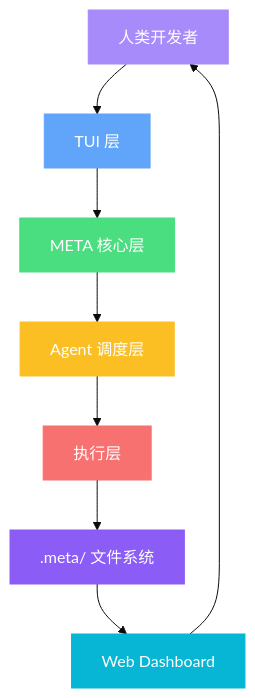
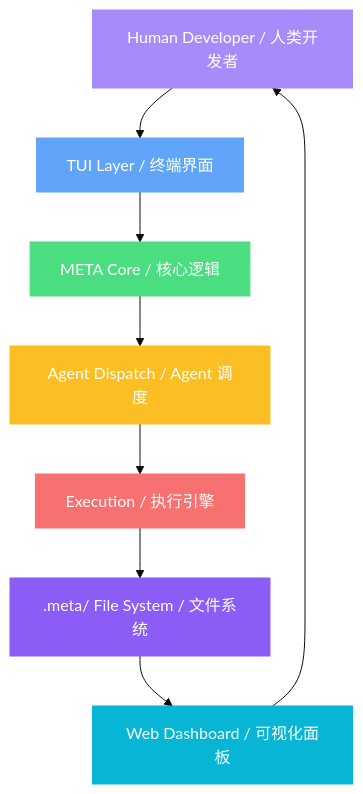
The diagram in README.md (waterundman/Eternity-Code), drawn with Mermaid (base theme) before and after one commit. The commit also changed other lines of this file and 18 other files, not shown here.

````diff
--- a/README.md
+++ b/README.md
@@ -35,18 +39,18 @@
 ```mermaid
 graph TB
-    H[人类开发者] --> T[TUI 层]
-    T --> M[META 核心层]
-    M --> A[Agent 调度层]
-    A --> E[执行层]
-    E --> FS[.meta/ 文件系统]
-    FS --> D[Web Dashboard]
+    H[Human Developer / 人类开发者] --> T[TUI Layer / 终端界面]
+    T --> M[META Core / 核心逻辑]
+    M --> A[Agent Dispatch / Agent 调度]
+    A --> E[Execution / 执行引擎]
+    E --> FS[.meta/ File System / 文件系统]
+    FS --> D[Web Dashboard / 可视化面板]
     D --> H
-    
+
     style H fill:#a78bfa,stroke:#a78bfa,color:#fff
     style T fill:#60a5fa,stroke:#60a5fa,color:#fff
     style M fill:#4ade80,stroke:#4ade80,color:#fff
     style A fill:#fbbf24,stroke:#fbbf24,color:#fff
     style E fill:#f87171,stroke:#f87171,color:#fff
     style FS fill:#8b5cf6,stroke:#8b5cf6,color:#fff
     style D fill:#06b6d4,stroke:#06b6d4,color:#fff
 ```
````
